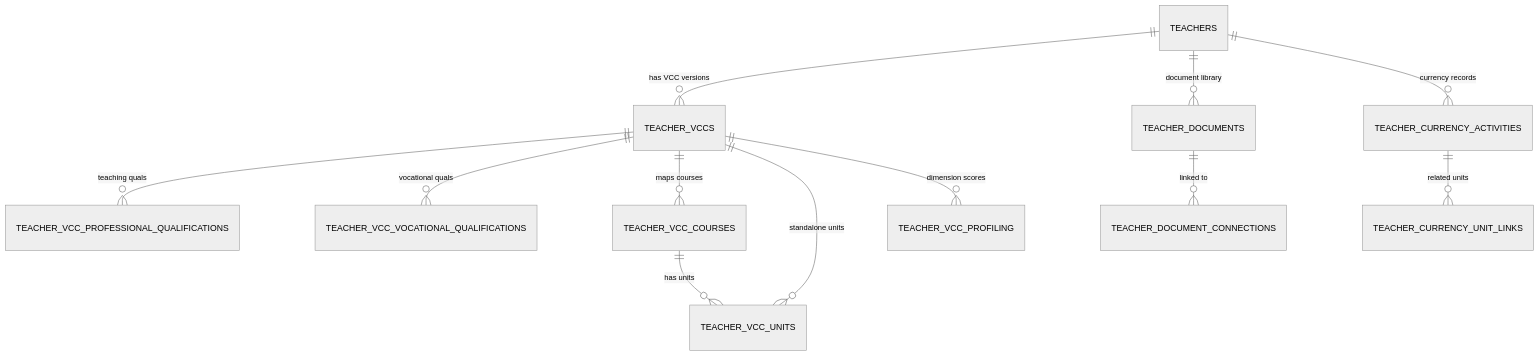
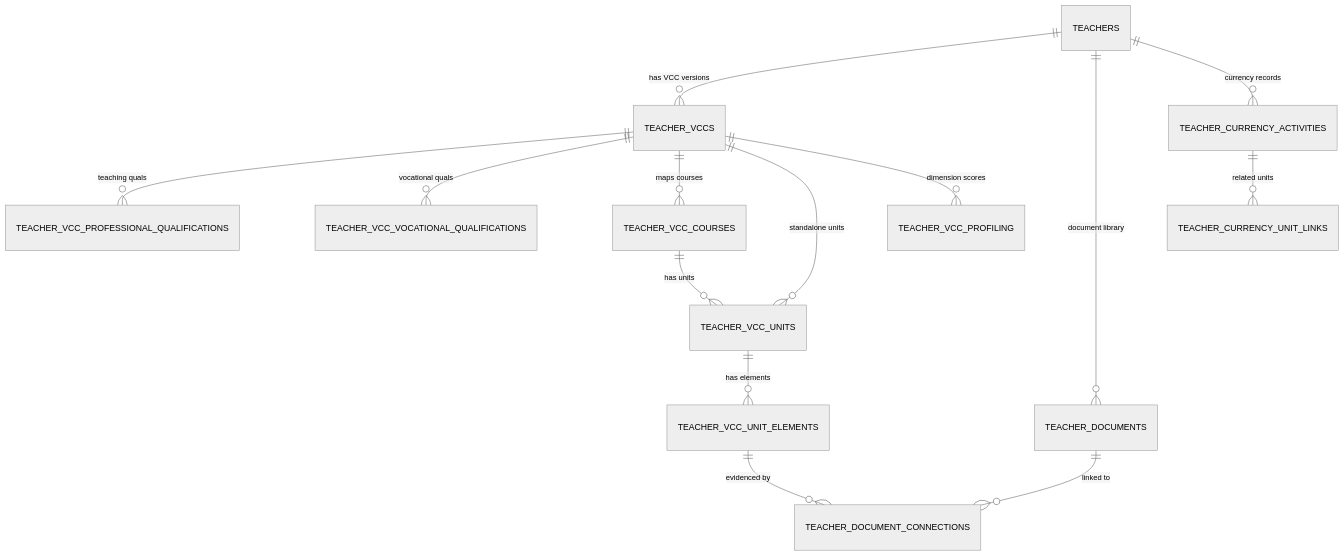
Before and after one commit to harleycalvert/nvims: diagram 13 of 15 in docs/DATABASE.md, drawn with Mermaid (neutral theme). The commit also changed other lines of this file and 5 other files, not shown here.

````diff
--- a/docs/DATABASE.md
+++ b/docs/DATABASE.md
@@ -516,14 +516,16 @@
 ```mermaid
 erDiagram
     TEACHERS ||--o{ TEACHER_VCCS : "has VCC versions"
     TEACHER_VCCS ||--o{ TEACHER_VCC_PROFESSIONAL_QUALIFICATIONS : "teaching quals"
     TEACHER_VCCS ||--o{ TEACHER_VCC_VOCATIONAL_QUALIFICATIONS : "vocational quals"
     TEACHER_VCCS ||--o{ TEACHER_VCC_COURSES : "maps courses"
     TEACHER_VCC_COURSES ||--o{ TEACHER_VCC_UNITS : "has units"
     TEACHER_VCCS ||--o{ TEACHER_VCC_UNITS : "standalone units"
+    TEACHER_VCC_UNITS ||--o{ TEACHER_VCC_UNIT_ELEMENTS : "has elements"
     TEACHERS ||--o{ TEACHER_DOCUMENTS : "document library"
     TEACHER_DOCUMENTS ||--o{ TEACHER_DOCUMENT_CONNECTIONS : "linked to"
+    TEACHER_VCC_UNIT_ELEMENTS ||--o{ TEACHER_DOCUMENT_CONNECTIONS : "evidenced by"
     TEACHERS ||--o{ TEACHER_CURRENCY_ACTIVITIES : "currency records"
     TEACHER_CURRENCY_ACTIVITIES ||--o{ TEACHER_CURRENCY_UNIT_LINKS : "related units"
     TEACHER_VCCS ||--o{ TEACHER_VCC_PROFILING : "dimension scores"
 ```
````
